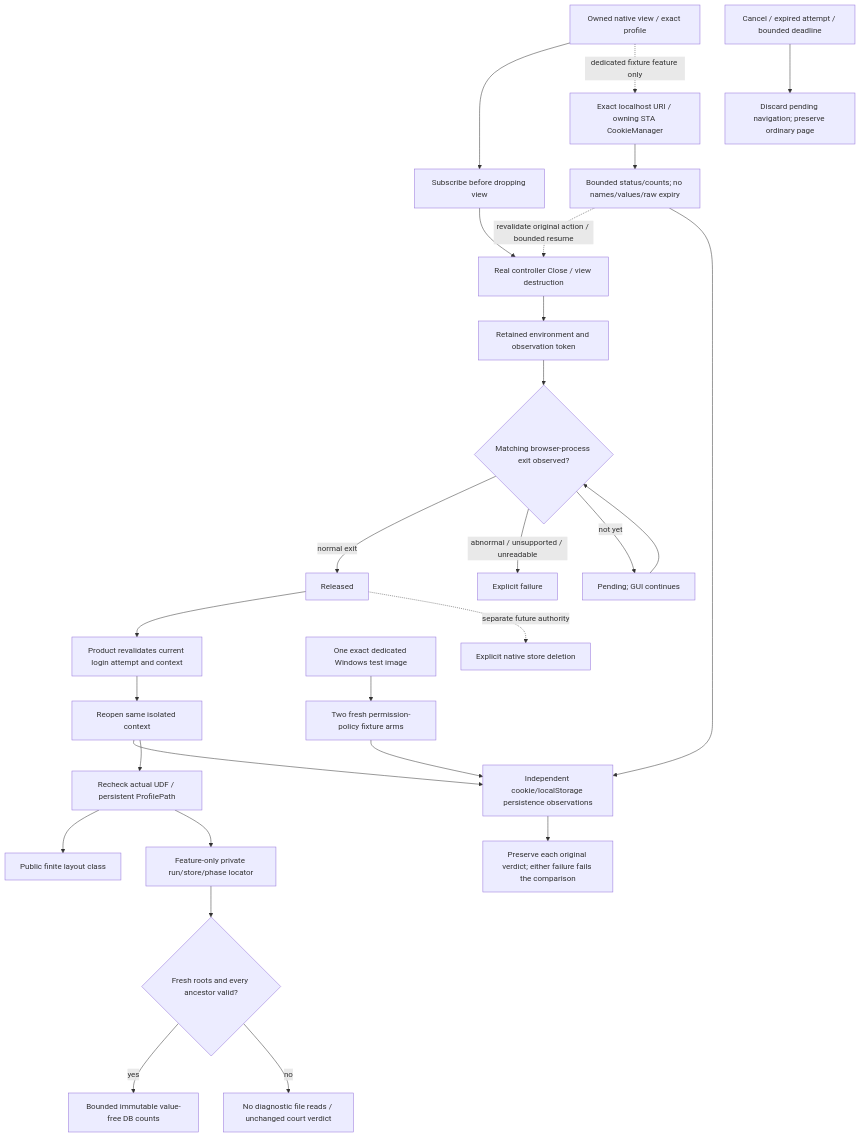
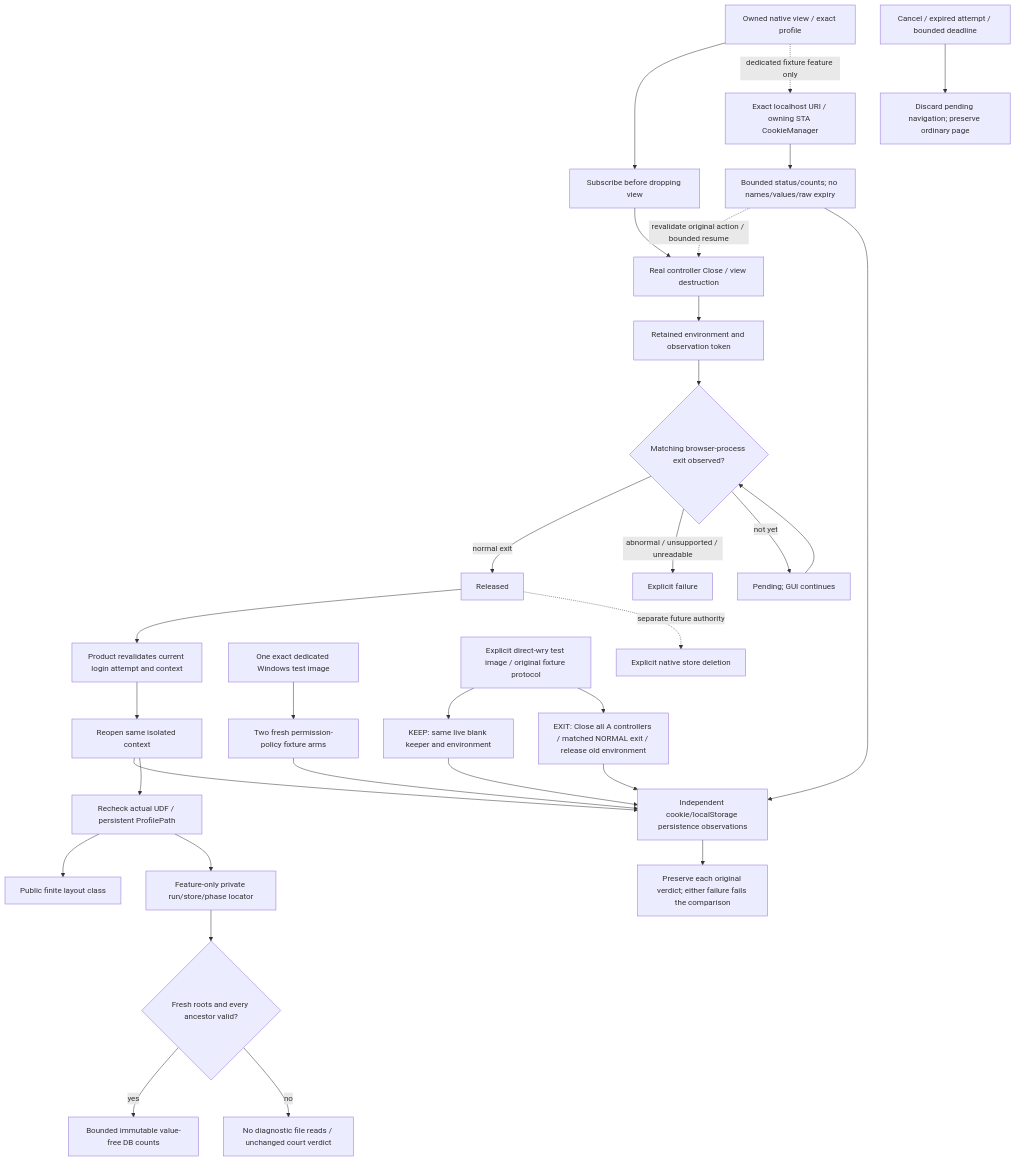
One commit to partnernetsoftware/minicon changed the diagram in prd/PRD_02_28_01_browser_context_lifecycle.md. Above: the diagram before and after it, drawn with Mermaid. The commit also changed other lines of this file and 18 other files, not shown here.

First line of the commit message:
test: compare Windows browser lifetimes with original storage checks

````diff
--- a/prd/PRD_02_28_01_browser_context_lifecycle.md
+++ b/prd/PRD_02_28_01_browser_context_lifecycle.md
@@ -61,29 +67,32 @@
 ```mermaid
 flowchart TD
     V[Owned native view / exact profile] --> SUB[Subscribe before dropping view]
     SUB --> CLOSE[Real controller Close / view destruction]
     CLOSE --> P[Retained environment and observation token]
     P --> EVENT{Matching browser-process exit observed?}
     EVENT -->|normal exit| READY[Released]
     EVENT -->|abnormal / unsupported / unreadable| FAIL[Explicit failure]
     EVENT -->|not yet| WAIT[Pending; GUI continues]
     WAIT --> EVENT
     READY --> R[Product revalidates current login attempt and context]
     R --> OPEN[Reopen same isolated context]
     OPEN --> STORE[Independent cookie/localStorage persistence observations]
     OPEN --> SDK[Recheck actual UDF / persistent ProfilePath]
     SDK --> FINITE[Public finite layout class]
     SDK --> PRIVATE[Feature-only private run/store/phase locator]
     V -. dedicated fixture feature only .-> QUERY[Exact localhost URI / owning STA CookieManager]
     QUERY --> META[Bounded status/counts; no names/values/raw expiry]
     META -. revalidate original action / bounded resume .-> CLOSE
     META --> STORE
     IMAGE[One exact dedicated Windows test image] --> ACL[Two fresh permission-policy fixture arms]
     ACL --> STORE
+    LIFE[Explicit direct-wry test image / original fixture protocol] --> K[KEEP: same live blank keeper and environment]
+    LIFE --> X[EXIT: Close all A controllers / matched NORMAL exit / release old environment]
+    K & X --> STORE
     STORE --> BOTH[Preserve each original verdict; either failure fails the comparison]
     PRIVATE --> ROOTS{Fresh roots and every ancestor valid?}
     ROOTS -->|yes| DB[Bounded immutable value-free DB counts]
     ROOTS -->|no| UNAVAILABLE[No diagnostic file reads / unchanged court verdict]
     CANCEL[Cancel / expired attempt / bounded deadline] --> DISCARD[Discard pending navigation; preserve ordinary page]
     READY -. separate future authority .-> DELETE[Explicit native store deletion]
 ```
````
